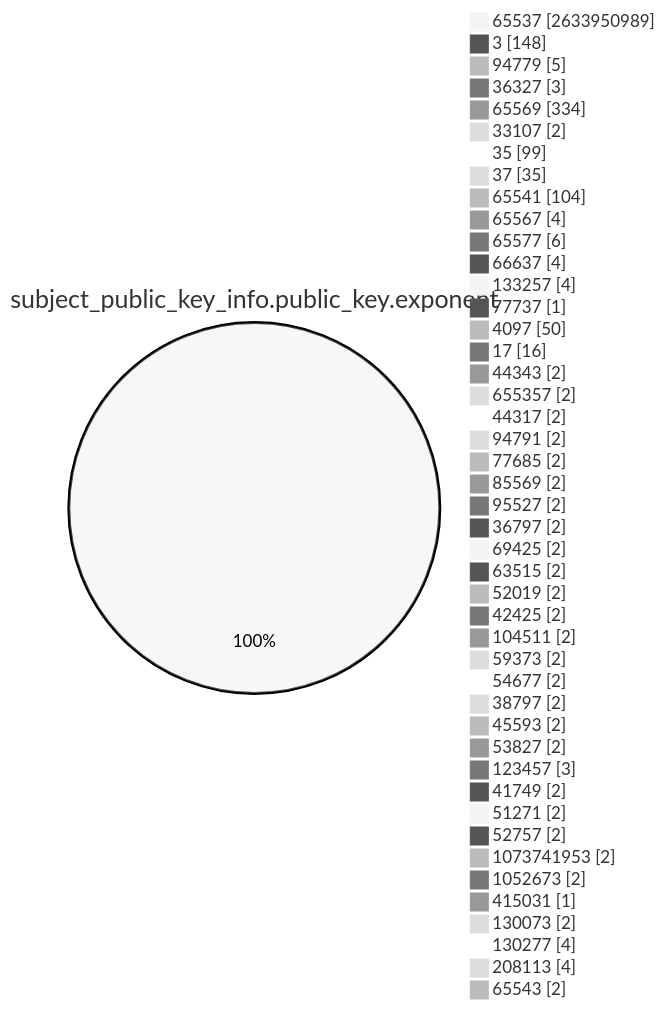
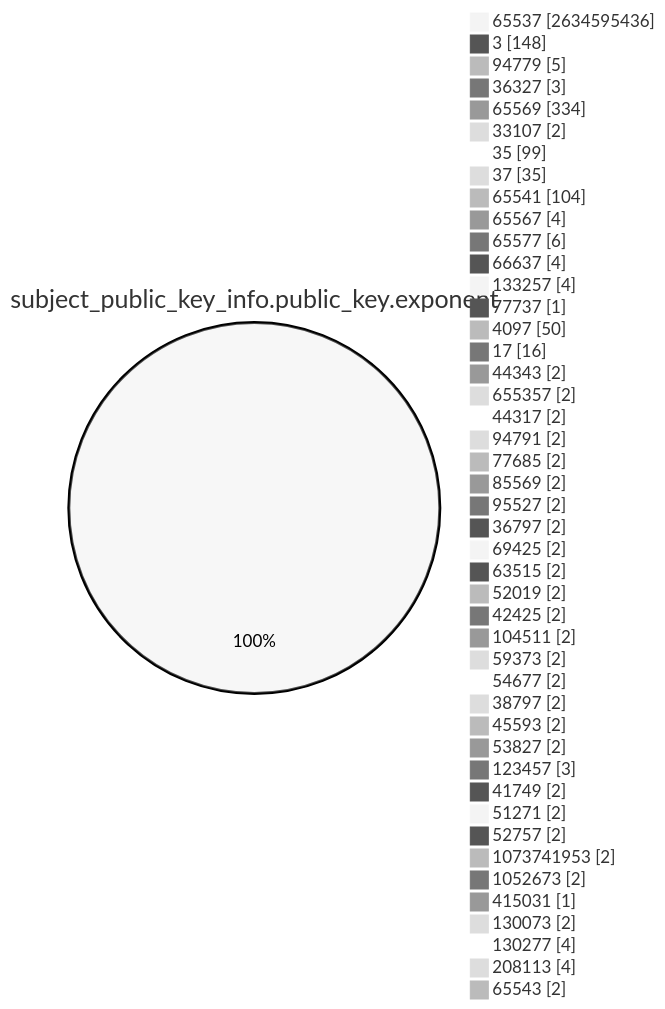
The fourth of 15 diagrams in TOTAL/README.md (christiankrug/ctmonitor_visualization), drawn with Mermaid (neutral theme) before and after one commit. The commit also changed other lines of this file, not shown here.

````diff
--- a/TOTAL/README.md
+++ b/TOTAL/README.md
@@ -1466,49 +1466,49 @@
 ```mermaid
 pie showData
 title subject_public_key_info.public_key.exponent
-"65537" :2633950989
+"65537" :2634595436
 "3" :148
 "94779" :5
 "36327" :3
 "65569" :334
 "33107" :2
 "35" :99
 "37" :35
 "65541" :104
 "65567" :4
 "65577" :6
 "66637" :4
 "133257" :4
 "77737" :1
 "4097" :50
 "17" :16
 "44343" :2
 "655357" :2
 "44317" :2
 "94791" :2
 "77685" :2
 "85569" :2
 "95527" :2
 "36797" :2
 "69425" :2
 "63515" :2
 "52019" :2
 "42425" :2
 "104511" :2
 "59373" :2
 "54677" :2
 "38797" :2
 "45593" :2
 "53827" :2
 "123457" :3
 "41749" :2
 "51271" :2
 "52757" :2
 "1073741953" :2
 "1052673" :2
 "415031" :1
 "130073" :2
 "130277" :4
 "208113" :4
 "65543" :2
 ```
````
